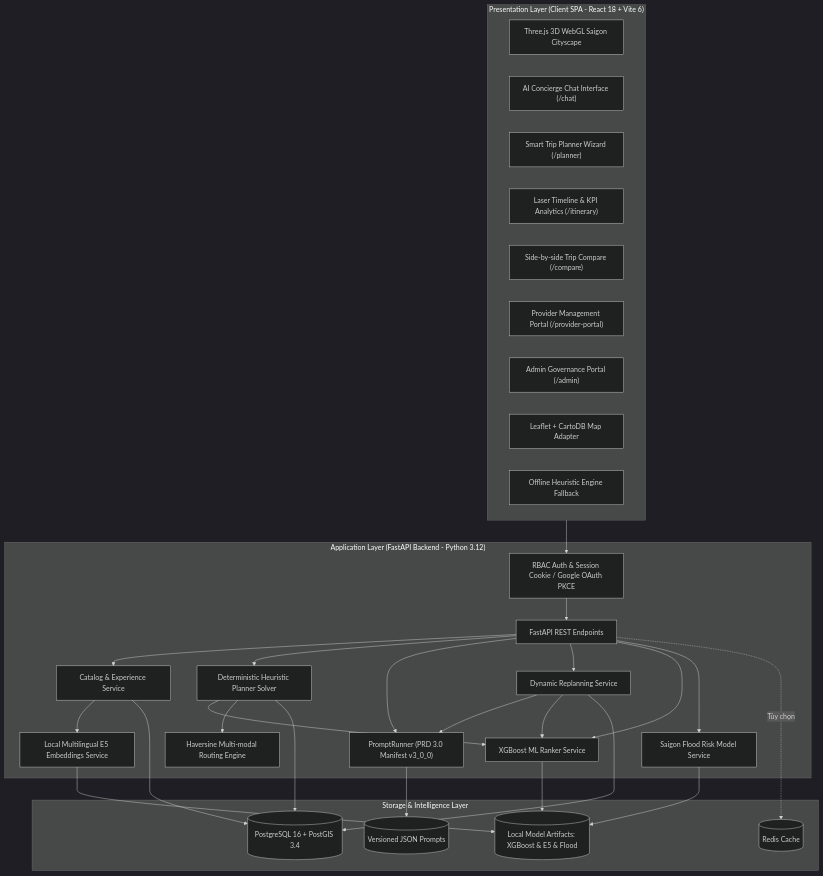
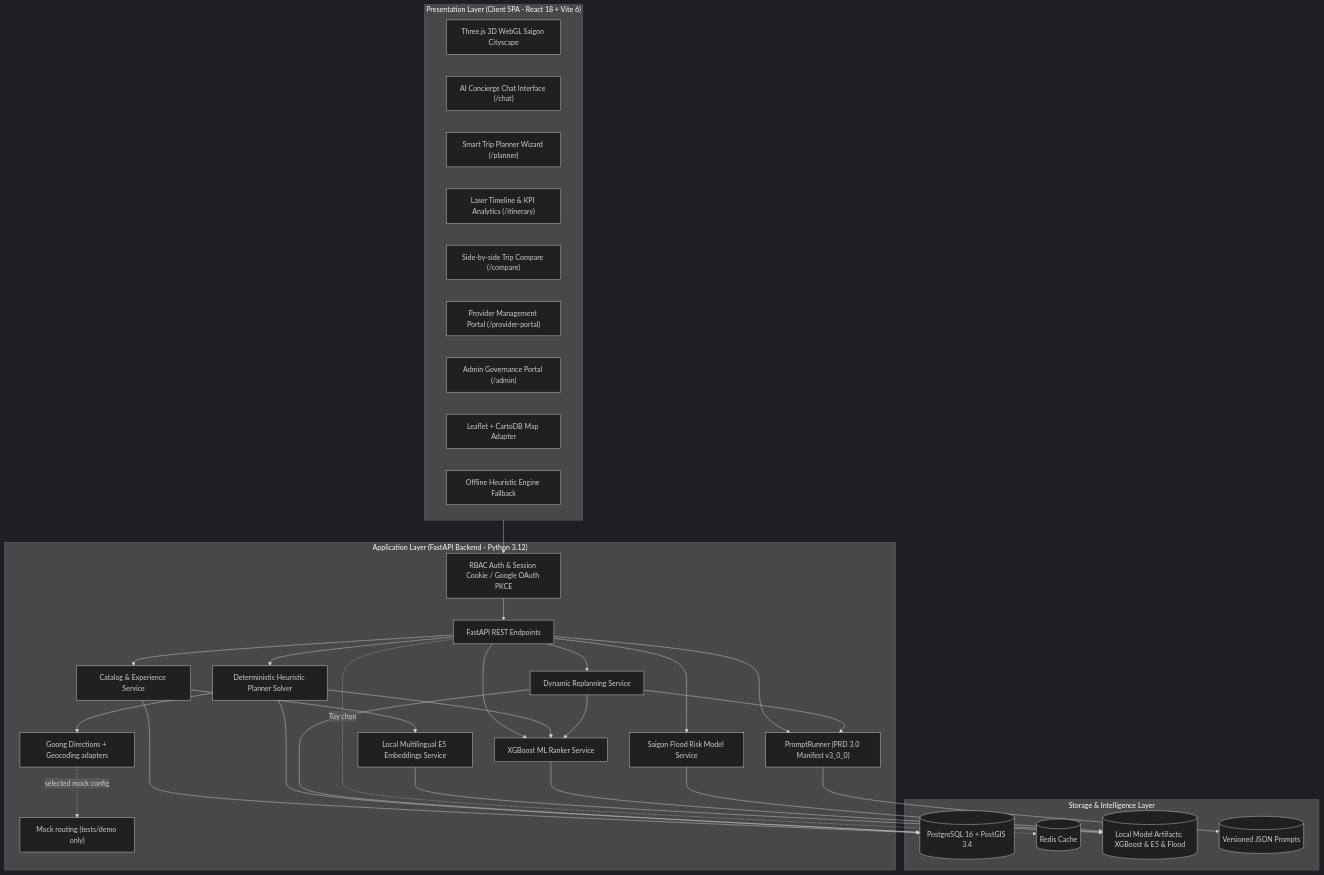
The second of 2 diagrams in README.md (NguyenTriBaoThang/LoaclExplorerAI), drawn with Mermaid (dark theme) before and after one commit. The commit also changed other lines of this file and 32 other files, not shown here.

Commit message:
feat(routing): integrate Goong directions and geocoding with route geometry and provenance

````diff
--- a/README.md
+++ b/README.md
@@ -504,58 +504,60 @@
 ```mermaid
 flowchart TB
     subgraph Client["Presentation Layer (Client SPA - React 18 + Vite 6)"]
         ThreeCanvas["Three.js 3D WebGL Saigon Cityscape"]
         ChatConcierge["AI Concierge Chat Interface (/chat)"]
         PlannerWizard["Smart Trip Planner Wizard (/planner)"]
         LaserTimeline["Laser Timeline & KPI Analytics (/itinerary)"]
         CompareView["Side-by-side Trip Compare (/compare)"]
         ProviderPortalUI["Provider Management Portal (/provider-portal)"]
         AdminPortalUI["Admin Governance Portal (/admin)"]
         MapAdapter["Leaflet + CartoDB Map Adapter"]
         MockEngine["Offline Heuristic Engine Fallback"]
     end
 
     subgraph Gateway["Application Layer (FastAPI Backend - Python 3.12)"]
         AuthMiddleware["RBAC Auth & Session Cookie / Google OAuth PKCE"]
         API["FastAPI REST Endpoints"]
         CatalogService["Catalog & Experience Service"]
         PromptEngine["PromptRunner (PRD 3.0 Manifest v3_0_0)"]
         HeuristicSolver["Deterministic Heuristic Planner Solver"]
         ReplanningEngine["Dynamic Replanning Service"]
         E5SearchEngine["Local Multilingual E5 Embeddings Service"]
         MLRankerEngine["XGBoost ML Ranker Service"]
         FloodRiskEngine["Saigon Flood Risk Model Service"]
-        RoutingEngine["Haversine Multi-modal Routing Engine"]
+        RoutingEngine["Goong Directions + Geocoding adapters"]
+        MockRoutingEngine["Mock routing (tests/demo only)"]
     end
 
     subgraph Persistence["Storage & Intelligence Layer"]
         PostGIS[("PostgreSQL 16 + PostGIS 3.4")]
         RedisCache[("Redis Cache")]
         LocalModels[("Local Model Artifacts: XGBoost & E5 & Flood")]
         PromptCatalog[("Versioned JSON Prompts")]
     end
 
     Client --> AuthMiddleware
     AuthMiddleware --> API
     API --> CatalogService
     API --> HeuristicSolver
     API --> PromptEngine
     API --> ReplanningEngine
     API --> MLRankerEngine
     API --> FloodRiskEngine
 
     CatalogService --> E5SearchEngine
     HeuristicSolver --> MLRankerEngine
     HeuristicSolver --> RoutingEngine
+    RoutingEngine -. selected mock config .-> MockRoutingEngine
     ReplanningEngine --> PromptEngine
     ReplanningEngine --> MLRankerEngine
 
     CatalogService --> PostGIS
     HeuristicSolver --> PostGIS
     ReplanningEngine --> PostGIS
     PromptEngine --> PromptCatalog
     E5SearchEngine --> LocalModels
     MLRankerEngine --> LocalModels
     FloodRiskEngine --> LocalModels
     API -. Tùy chọn .-> RedisCache
 ```
````
